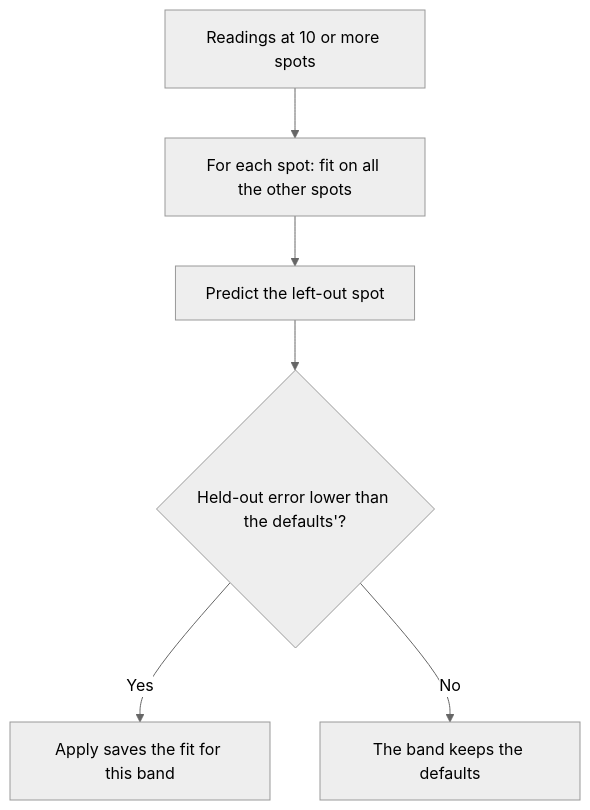
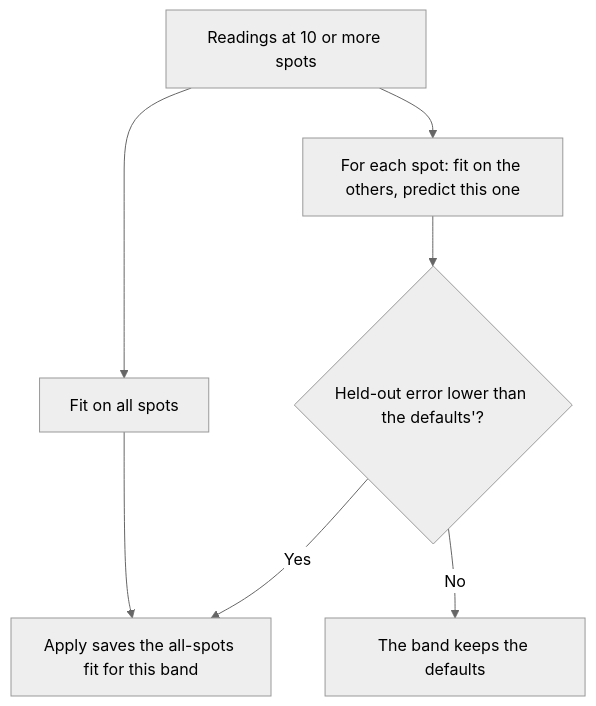
Before and after one commit to NC4321/SignalPlan: the second of 2 diagrams in docs/HOW-IT-WORKS.md, drawn with Mermaid (neutral theme). The commit also changed other lines of this file and 9 other files, not shown here.

````diff
--- a/docs/HOW-IT-WORKS.md
+++ b/docs/HOW-IT-WORKS.md
@@ -162,8 +128,9 @@
 ```mermaid
 flowchart TD
-  A["Readings at 10 or more spots"] --> B["For each spot: fit on all the other spots"]
-  B --> C["Predict the left-out spot"]
+  A["Readings at 10 or more spots"] --> B["Fit on all spots"]
+  A --> C["For each spot: fit on the others, predict this one"]
   C --> D{"Held-out error lower than the defaults'?"}
-  D -- Yes --> E["Apply saves the fit for this band"]
+  D -- Yes --> E["Apply saves the all-spots fit for this band"]
   D -- No --> F["The band keeps the defaults"]
+  B --> E
 ```
````
